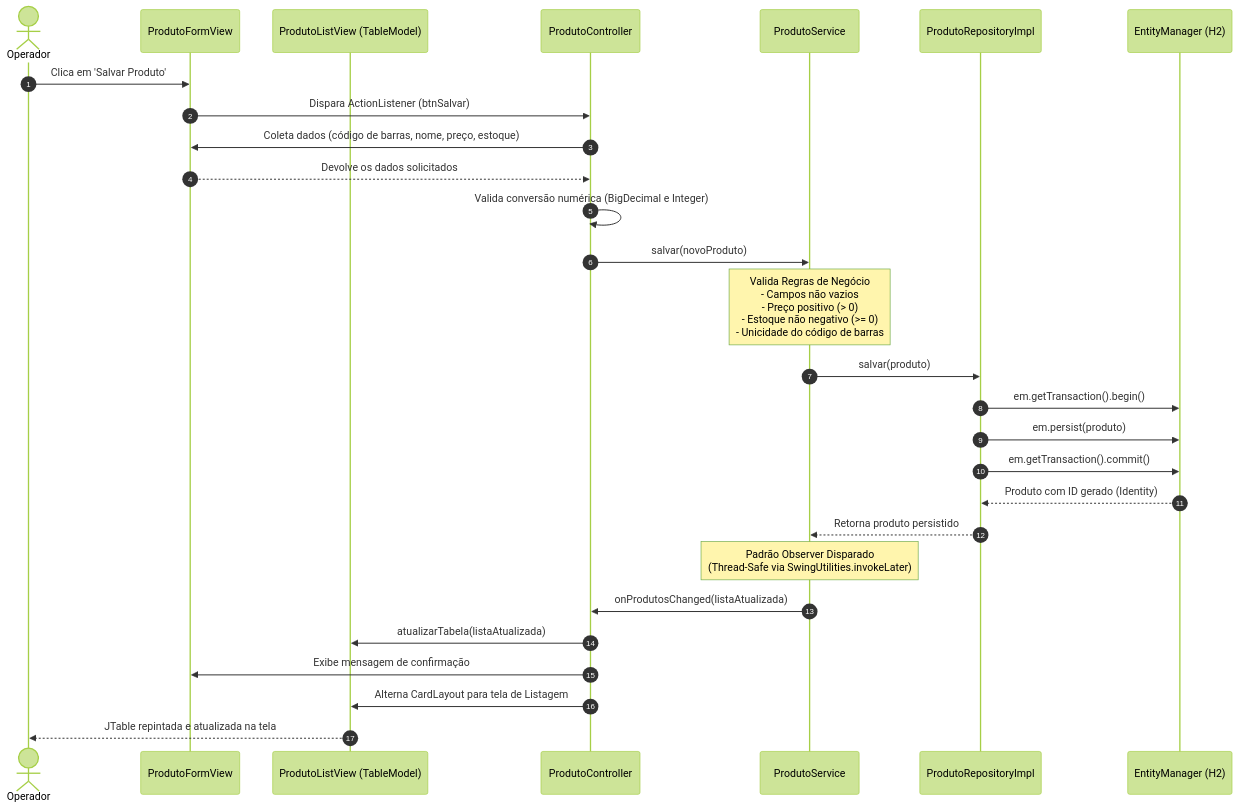
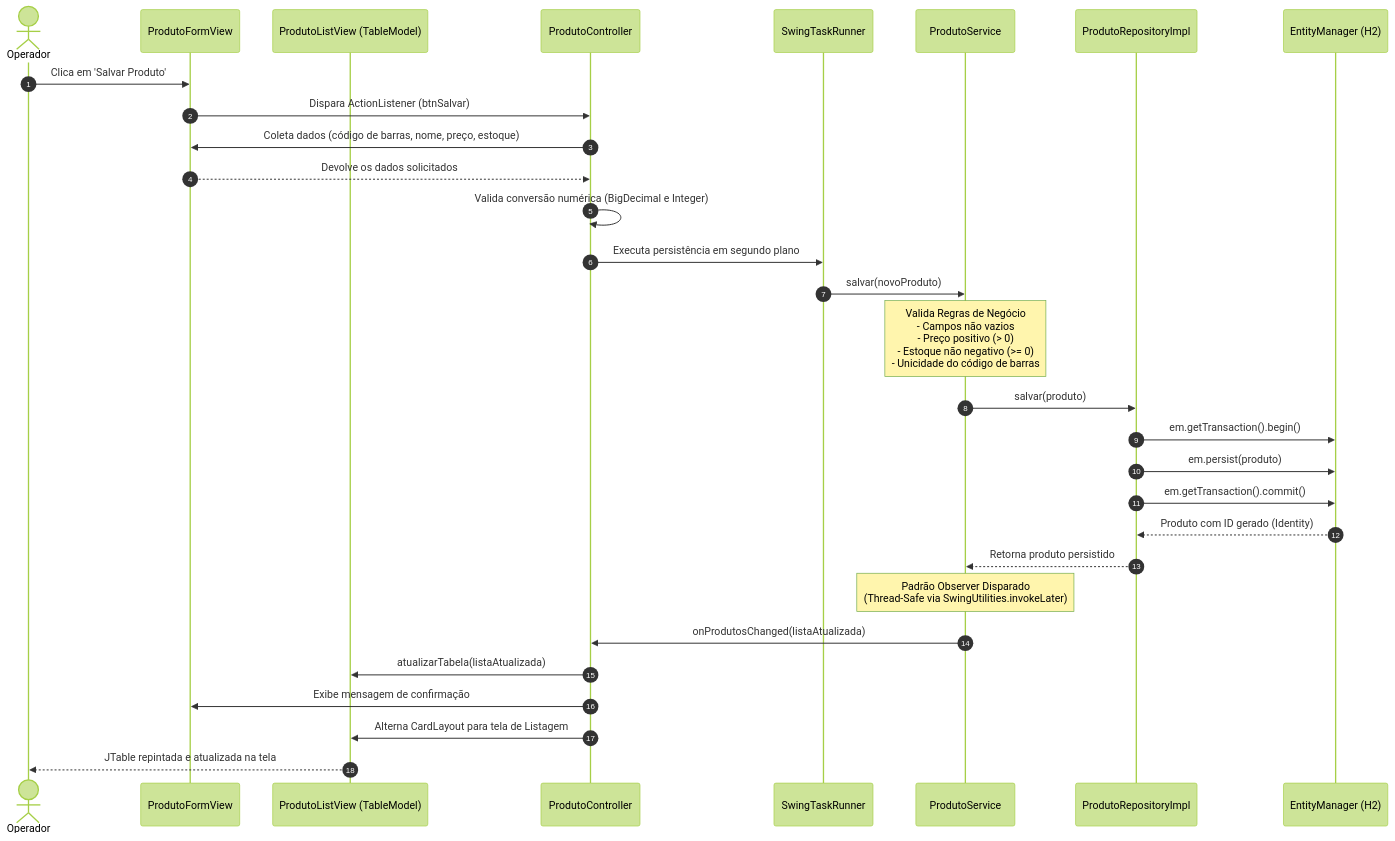
One commit to ViniciuspSouza23/PDV-projeto-final-Backend changed the second of 6 diagrams in README.md. Above: the diagram before and after it, drawn with Mermaid (forest theme). The commit also changed other lines of this file and 9 other files, not shown here.

````diff
--- a/README.md
+++ b/README.md
@@ -138,34 +217,36 @@
 ```mermaid
 sequenceDiagram
     autonumber
     actor Usuario as Operador
     participant Form as ProdutoFormView
     participant List as ProdutoListView (TableModel)
     participant Ctrl as ProdutoController
+    participant Task as SwingTaskRunner
     participant Svc as ProdutoService
     participant Repo as ProdutoRepositoryImpl
     participant JPA as EntityManager (H2)
 
     Usuario->>Form: Clica em 'Salvar Produto'
     Form->>Ctrl: Dispara ActionListener (btnSalvar)
     Ctrl->>Form: Coleta dados (código de barras, nome, preço, estoque)
     Form-->>Ctrl: Devolve os dados solicitados
     Ctrl->>Ctrl: Valida conversão numérica (BigDecimal e Integer)
     
-    Ctrl->>Svc: salvar(novoProduto)
+    Ctrl->>Task: Executa persistência em segundo plano
+    Task->>Svc: salvar(novoProduto)
     Note over Svc: Valida Regras de Negócio<br/>- Campos não vazios<br/>- Preço positivo (> 0)<br/>- Estoque não negativo (>= 0)<br/>- Unicidade do código de barras
     
     Svc->>Repo: salvar(produto)
     Repo->>JPA: em.getTransaction().begin()
     Repo->>JPA: em.persist(produto)
     Repo->>JPA: em.getTransaction().commit()
     JPA-->>Repo: Produto com ID gerado (Identity)
     Repo-->>Svc: Retorna produto persistido
     
     Note over Svc: Padrão Observer Disparado<br/>(Thread-Safe via SwingUtilities.invokeLater)
     Svc->>Ctrl: onProdutosChanged(listaAtualizada)
     Ctrl->>List: atualizarTabela(listaAtualizada)
     Ctrl->>Form: Exibe mensagem de confirmação
     Ctrl->>List: Alterna CardLayout para tela de Listagem
     List-->>Usuario: JTable repintada e atualizada na tela
 ```
````
